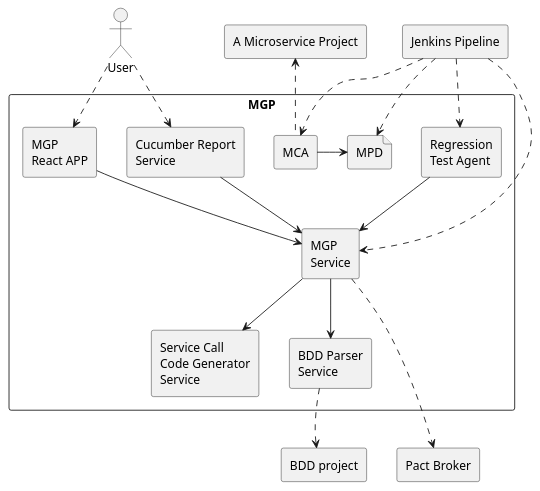
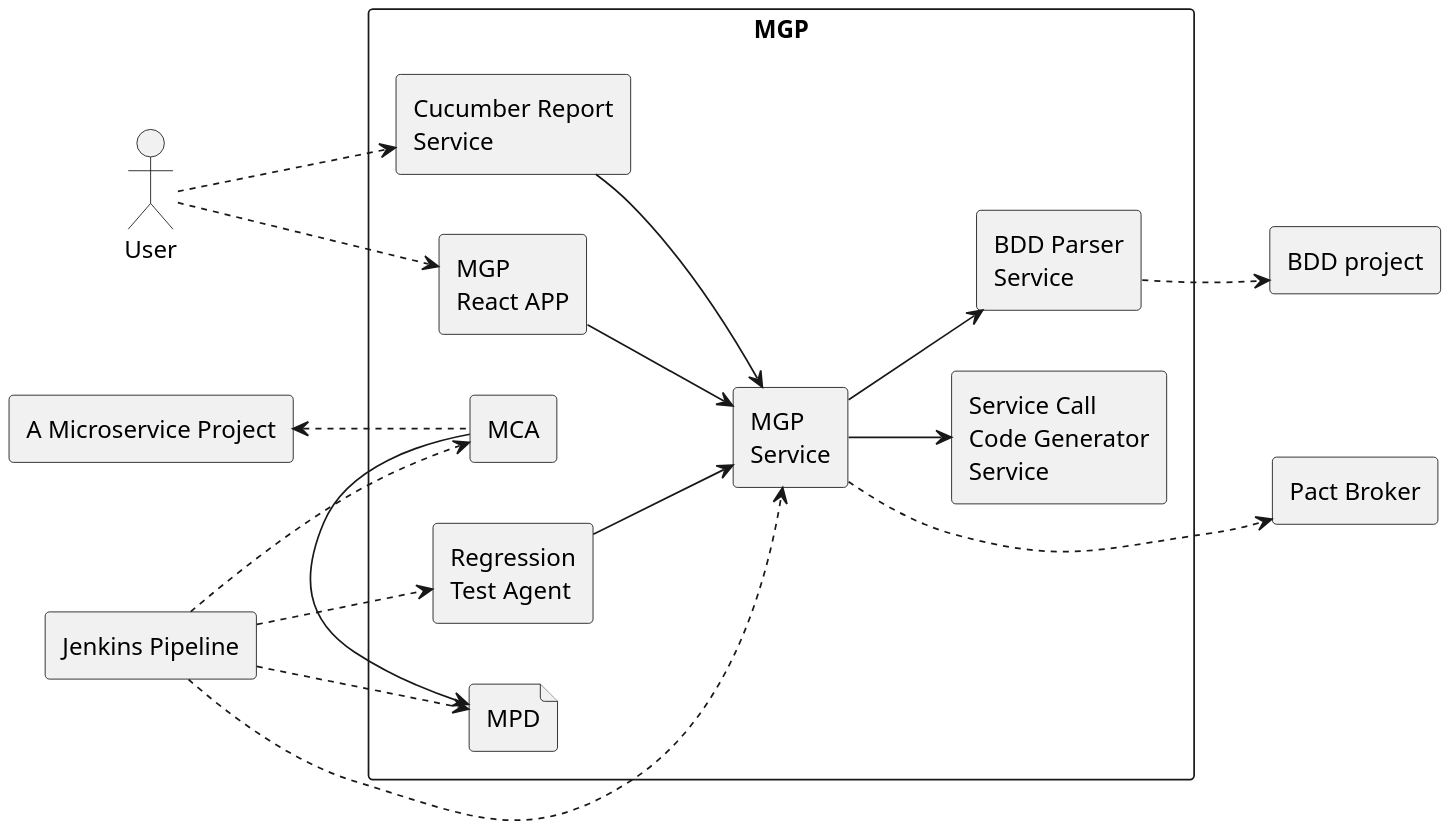
One commit to b4456609/mgp-back changed the diagram in diagram/system.puml. Above: the diagram before and after it, drawn with PlantUML.

```diff
--- a/diagram/system.puml
+++ b/diagram/system.puml
@@ -1,41 +1,41 @@
 @startuml
-'scale 2
+scale 2
 'skinparam backgroundcolor transparent
-'left to right direction
+left to right direction
 rectangle "A Microservice Project" as mp
 rectangle "Jenkins Pipeline" as jp
 rectangle "BDD project" as bp
 rectangle "Pact Broker" as pb
 actor User as user
 
 rectangle "MGP" as t {
 	rectangle "Regression\nTest Agent" as ta
 	rectangle "MCA" as mca
 	rectangle "MGP\nReact APP"as mgpa
 	rectangle "MGP\nService"as mgp
 	rectangle "BDD Parser\nService" as uatp
 	rectangle "Service Call\nCode Generator\nService" as d
 	rectangle "Cucumber Report\nService" as crs
 
 	file "MPD" as mpd
 
 	mca -> mpd
 	mgp -d-> uatp
 	mgp -d-> d
 	mgpa -d-> mgp
 	crs -d-> mgp
 	ta -d-> mgp
 }
 
 jp.>ta
 jp.>mpd
 mca .u.> mp
 jp .d.> mca
 jp .d.> mgp
 uatp .> bp
 mgp .d.> pb
 user .d.> mgpa
 user .d.> crs
 uatp .[hidden]d.> pb
 uatp .[hidden]d.> bp
 @enduml
```
